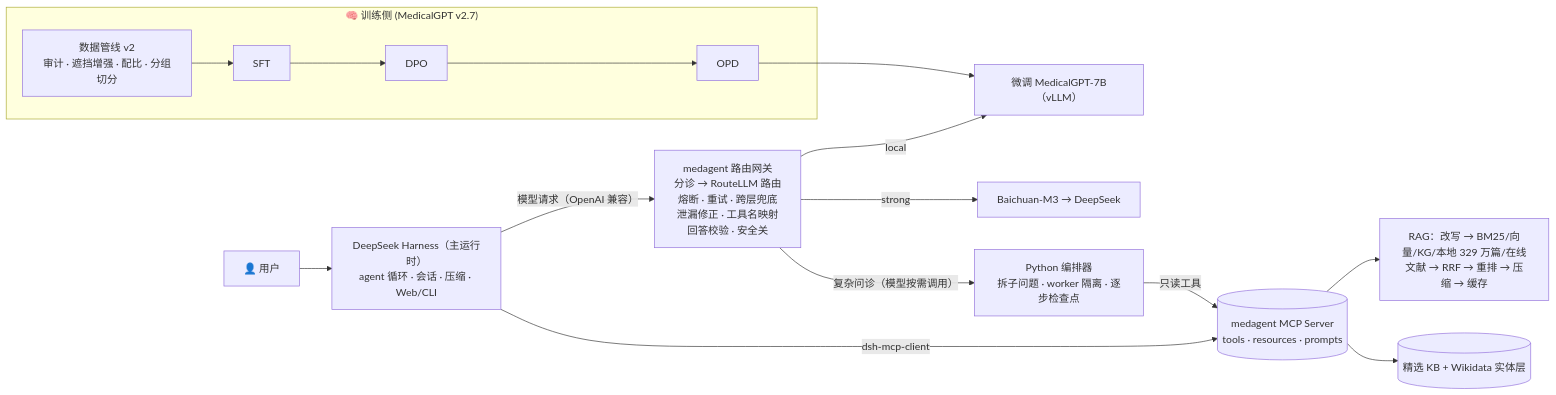
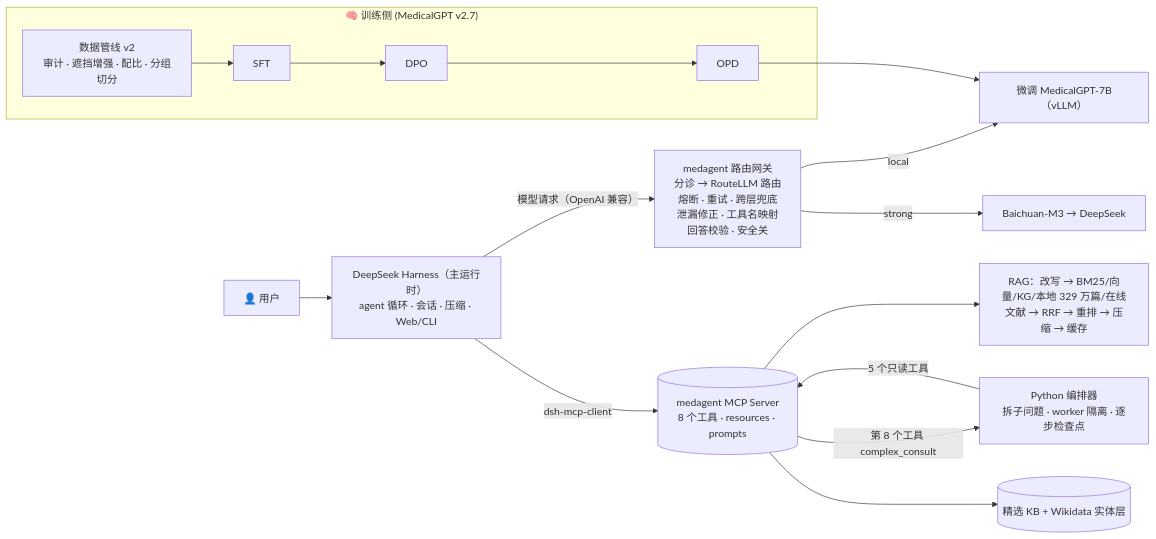
The diagram in README.md (Gaogxx/MedicalGPT_agent), drawn with Mermaid before and after one commit. The commit also changed other lines of this file and 11 other files, not shown here.

First line of the commit message:
复杂问诊作为医疗工具 MCP Server 的第 8 个工具

````diff
--- a/README.md
+++ b/README.md
@@ -42,16 +42,16 @@
 ```mermaid
 flowchart LR
     subgraph Training["🧠 训练侧 (MedicalGPT v2.7)"]
         DP["数据管线 v2<br/>审计 · 遮挡增强 · 配比 · 分组切分"] --> SFT["SFT"] --> DPO["DPO"] --> OPD["OPD"]
     end
     U["👤 用户"] --> DSH["DeepSeek Harness（主运行时）<br/>agent 循环 · 会话 · 压缩 · Web/CLI"]
     DSH -- "模型请求（OpenAI 兼容）" --> GW["medagent 路由网关<br/>分诊 → RouteLLM 路由<br/>熔断 · 重试 · 跨层兜底<br/>泄漏修正 · 工具名映射<br/>回答校验 · 安全关"]
     GW -- local --> L["微调 MedicalGPT-7B（vLLM）"]
     GW -- strong --> S["Baichuan-M3 → DeepSeek"]
     OPD --> L
-    DSH -- "dsh-mcp-client" --> MCP[("medagent MCP Server<br/>tools · resources · prompts")]
-    GW -- "复杂问诊（模型按需调用）" --> CS["Python 编排器<br/>拆子问题 · worker 隔离 · 逐步检查点"]
-    CS -- "只读工具" --> MCP
+    DSH -- "dsh-mcp-client" --> MCP[("medagent MCP Server<br/>8 个工具 · resources · prompts")]
+    MCP -- "第 8 个工具 complex_consult" --> CS["Python 编排器<br/>拆子问题 · worker 隔离 · 逐步检查点"]
+    CS -- "5 个只读工具" --> MCP
     MCP --> RAG["RAG：改写 → BM25/向量/KG/本地 329 万篇/在线文献 → RRF → 重排 → 压缩 → 缓存"]
     MCP --> KB[("精选 KB + Wikidata 实体层")]
 ```
````
